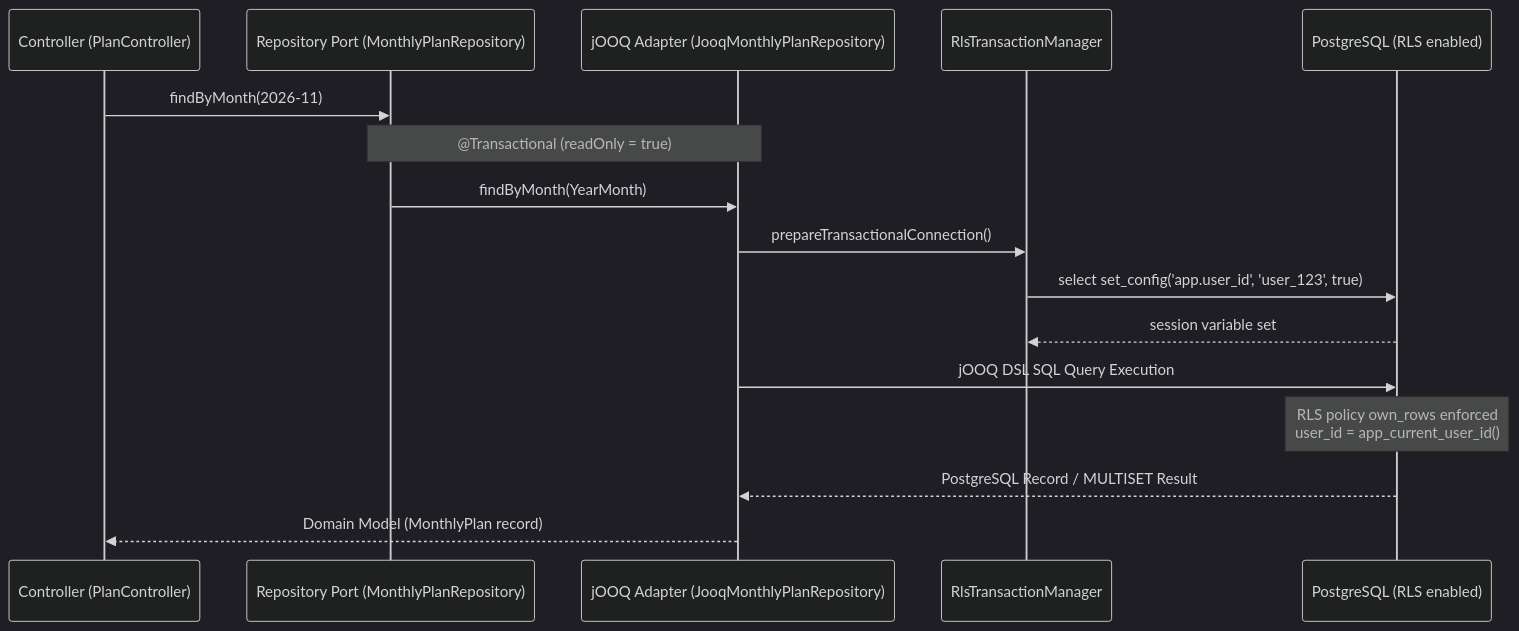
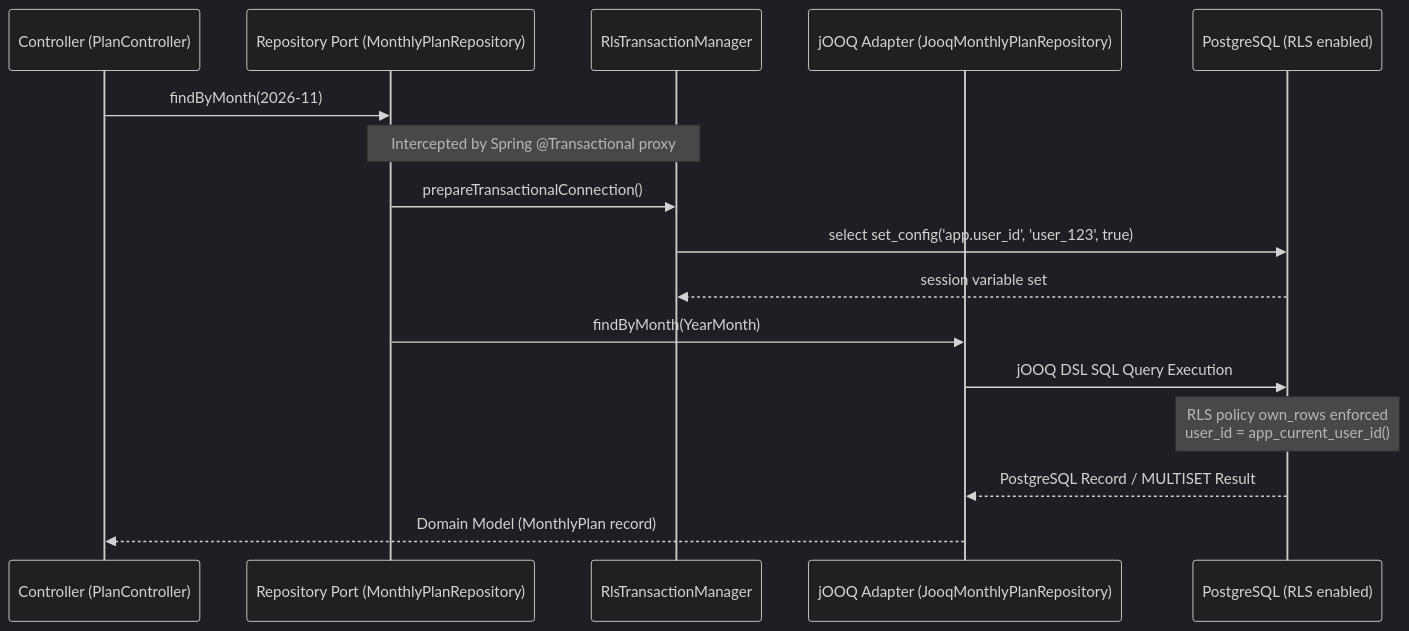
The diagram in openwiki/architecture/persistence-rls.md (tis-abe-akira/run-buddy), drawn with Mermaid (dark theme) before and after one commit. The commit also changed other lines of this file and 12 other files, not shown here.

````diff
--- a/openwiki/architecture/persistence-rls.md
+++ b/openwiki/architecture/persistence-rls.md
@@ -116,19 +119,19 @@
 ```mermaid
 sequenceDiagram
     participant C as Controller (PlanController)
     participant P as Repository Port (MonthlyPlanRepository)
+    participant TM as RlsTransactionManager
     participant A as jOOQ Adapter (JooqMonthlyPlanRepository)
-    participant TM as RlsTransactionManager
     participant DB as PostgreSQL (RLS enabled)
 
     C->>P: findByMonth(2026-11)
-    Note over P,A: @Transactional (readOnly = true)
-    P->>A: findByMonth(YearMonth)
-    A->>TM: prepareTransactionalConnection()
+    Note over P,TM: Intercepted by Spring @Transactional proxy
+    P->>TM: prepareTransactionalConnection()
     TM->>DB: select set_config('app.user_id', 'user_123', true)
     DB-->>TM: session variable set
+    P->>A: findByMonth(YearMonth)
     A->>DB: jOOQ DSL SQL Query Execution
     Note over DB: RLS policy own_rows enforced<br/>user_id = app_current_user_id()
     DB-->>A: PostgreSQL Record / MULTISET Result
     A-->>C: Domain Model (MonthlyPlan record)
 ```
````
